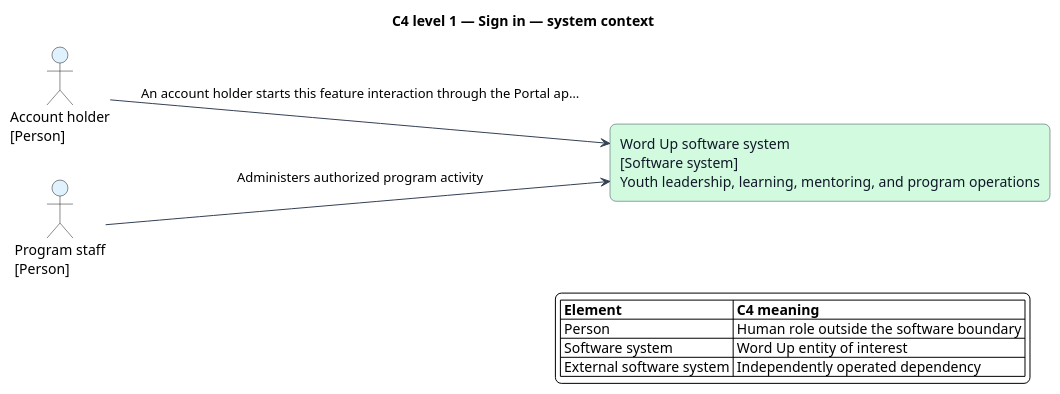
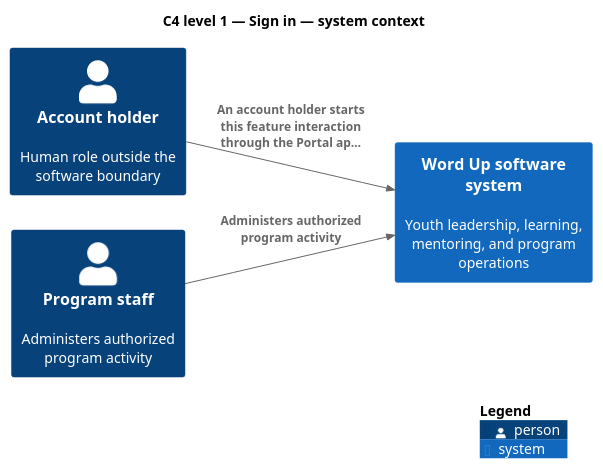
Before and after one commit to QuinntyneBrown/waypoint: the diagram in docs/detailed-designs/authentication/sign-in/diagrams/c4-system-context.puml, drawn with PlantUML. The commit also changed 1294 other files, not shown here.

```diff
--- a/docs/detailed-designs/authentication/sign-in/diagrams/c4-system-context.puml
+++ b/docs/detailed-designs/authentication/sign-in/diagrams/c4-system-context.puml
@@ -1,31 +1,13 @@
 @startuml
-left to right direction
+!include <C4/C4_Component>
+LAYOUT_LEFT_RIGHT()
 title C4 level 1 — Sign in — system context
-skinparam backgroundColor #FFFFFF
-skinparam shadowing false
-skinparam roundcorner 12
-skinparam defaultFontName Arial
-skinparam ArrowColor #344054
-skinparam rectangle {
-  BorderColor #344054
-  FontColor #101828
-}
-skinparam package {
-  BorderColor #667085
-  FontColor #101828
-  BackgroundColor #F9FAFB
-}
-actor "Account holder\n[Person]" as primary #E0F2FE
-actor "Program staff\n[Person]" as staff #E0F2FE
-rectangle "Word Up software system\n[Software system]\nYouth leadership, learning, mentoring, and program operations" as wordup #D1FADF
+Person(primary, "Account holder", "Human role outside the software boundary")
+Person(staff, "Program staff", "Administers authorized program activity")
+System(wordup, "Word Up software system", "Youth leadership, learning, mentoring, and program operations")
 
-primary --> wordup : An account holder starts this feature interaction through the Portal ap…
-staff --> wordup : Administers authorized program activity
+Rel(primary, wordup, "An account holder starts this feature interaction through the Portal ap…")
+Rel(staff, wordup, "Administers authorized program activity")
 
-legend right
-  |= Element |= C4 meaning |
-  | Person | Human role outside the software boundary |
-  | Software system | Word Up entity of interest |
-  | External software system | Independently operated dependency |
-endlegend
+SHOW_LEGEND()
 @enduml
```
